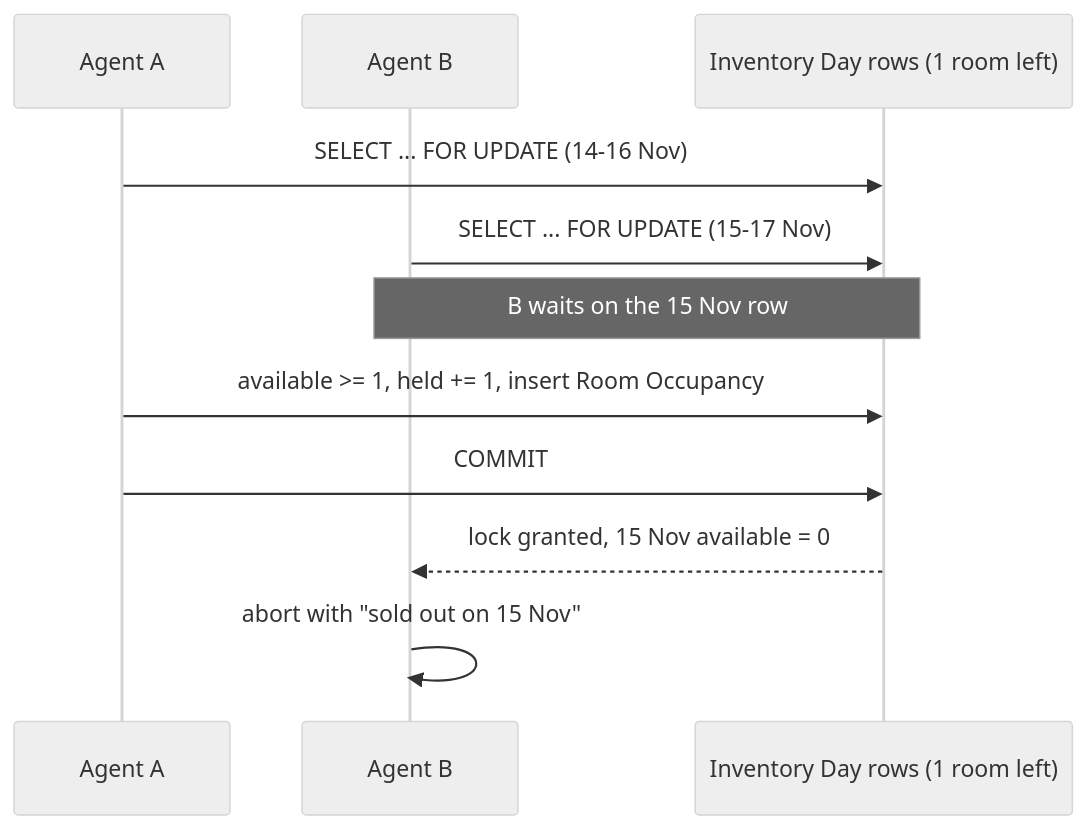
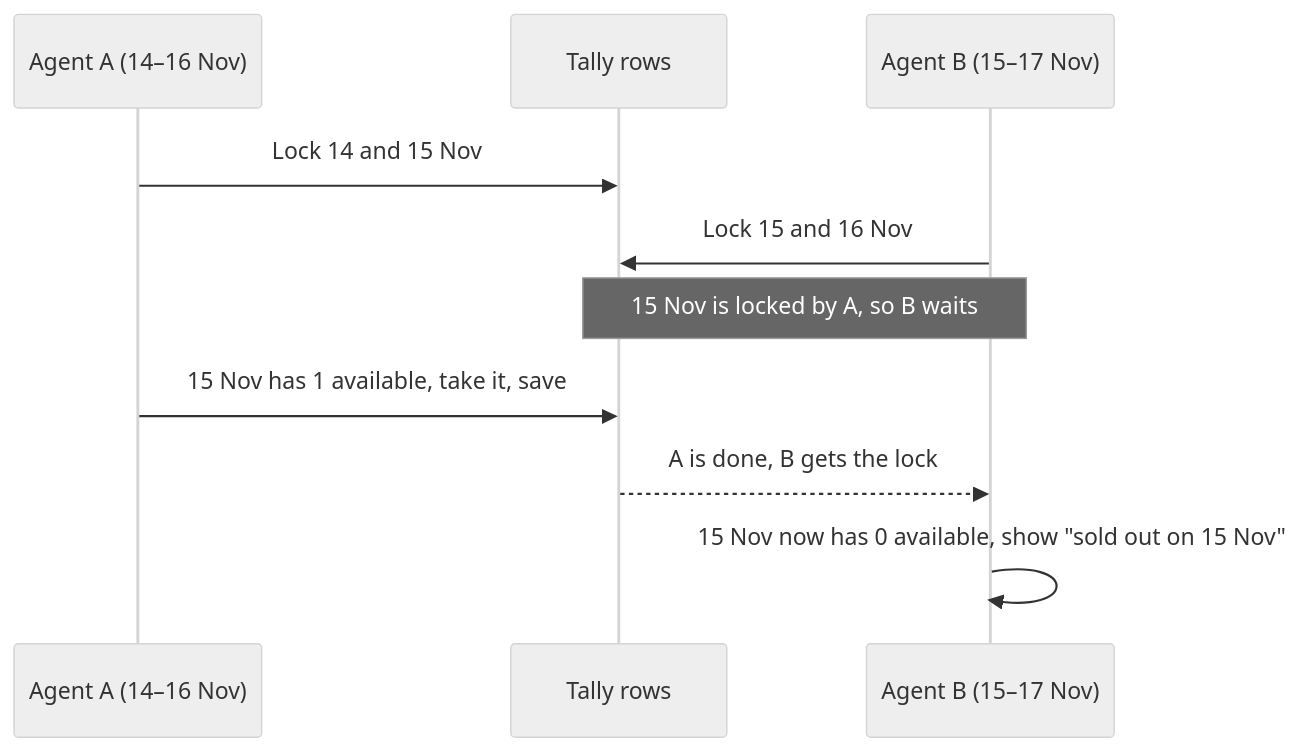
Before and after one commit to navariltd/frappoint: the fourth of 6 diagrams in hotel_mgt_write_up.md, drawn with Mermaid (neutral theme). The commit also changed other lines of this file, not shown here.

First line of the commit message:
feat: Enhance inventory management and booking process for hotel rooms

````diff
--- a/hotel_mgt_write_up.md
+++ b/hotel_mgt_write_up.md
@@ -183,13 +201,12 @@
 ```mermaid
 sequenceDiagram
-    participant A as Agent A
-    participant B as Agent B
-    participant DB as Inventory Day rows (1 room left)
-    A->>DB: SELECT ... FOR UPDATE (14-16 Nov)
-    B->>DB: SELECT ... FOR UPDATE (15-17 Nov)
-    Note over B,DB: B waits on the 15 Nov row
-    A->>DB: available >= 1, held += 1, insert Room Occupancy
-    A->>DB: COMMIT
-    DB-->>B: lock granted, 15 Nov available = 0
-    B->>B: abort with "sold out on 15 Nov"
+    participant A as Agent A (14–16 Nov)
+    participant DB as Tally rows
+    participant B as Agent B (15–17 Nov)
+    A->>DB: Lock 14 and 15 Nov
+    B->>DB: Lock 15 and 16 Nov
+    Note over B,DB: 15 Nov is locked by A, so B waits
+    A->>DB: 15 Nov has 1 available, take it, save
+    DB-->>B: A is done, B gets the lock
+    B->>B: 15 Nov now has 0 available, show "sold out on 15 Nov"
 ```
````
